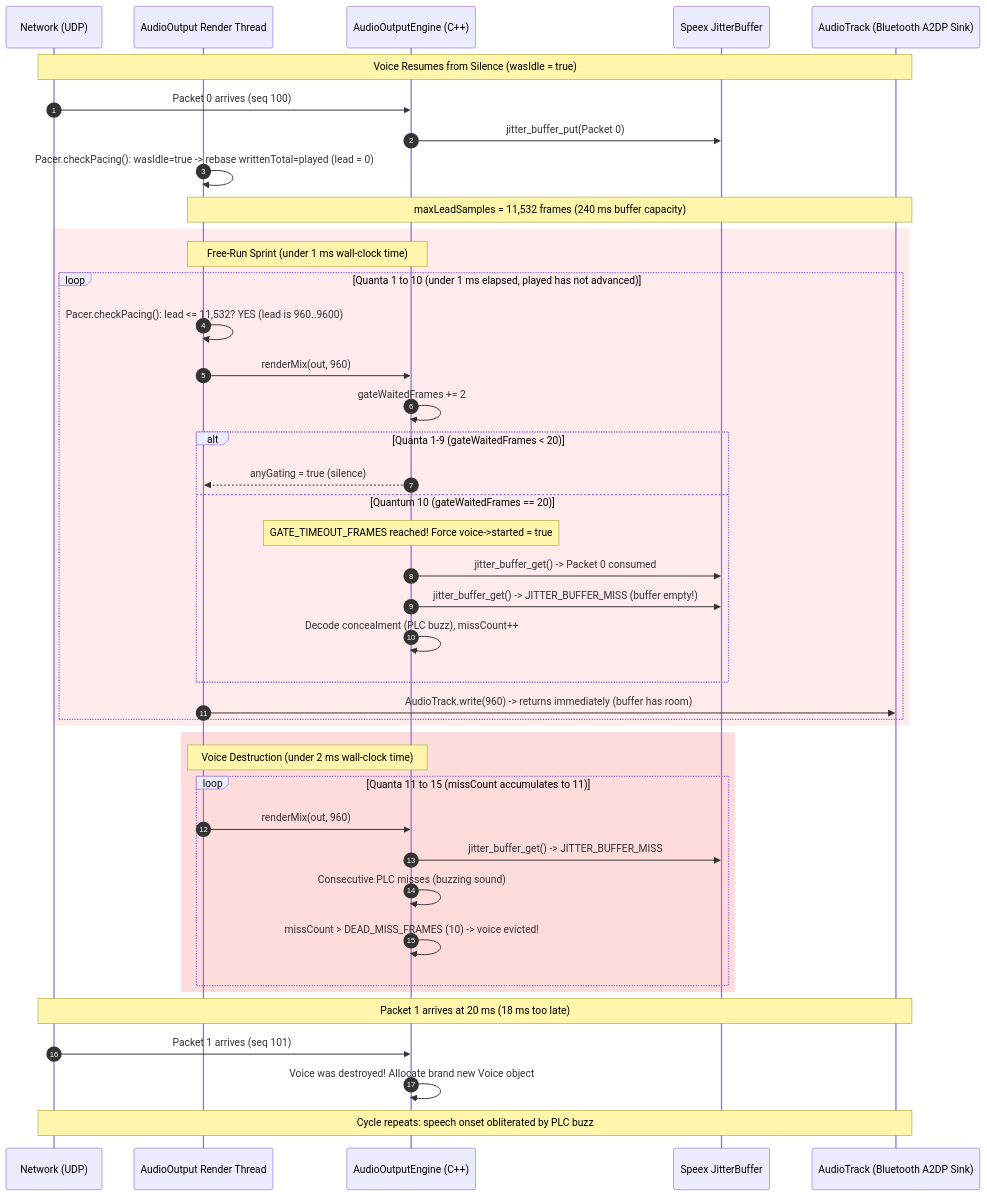
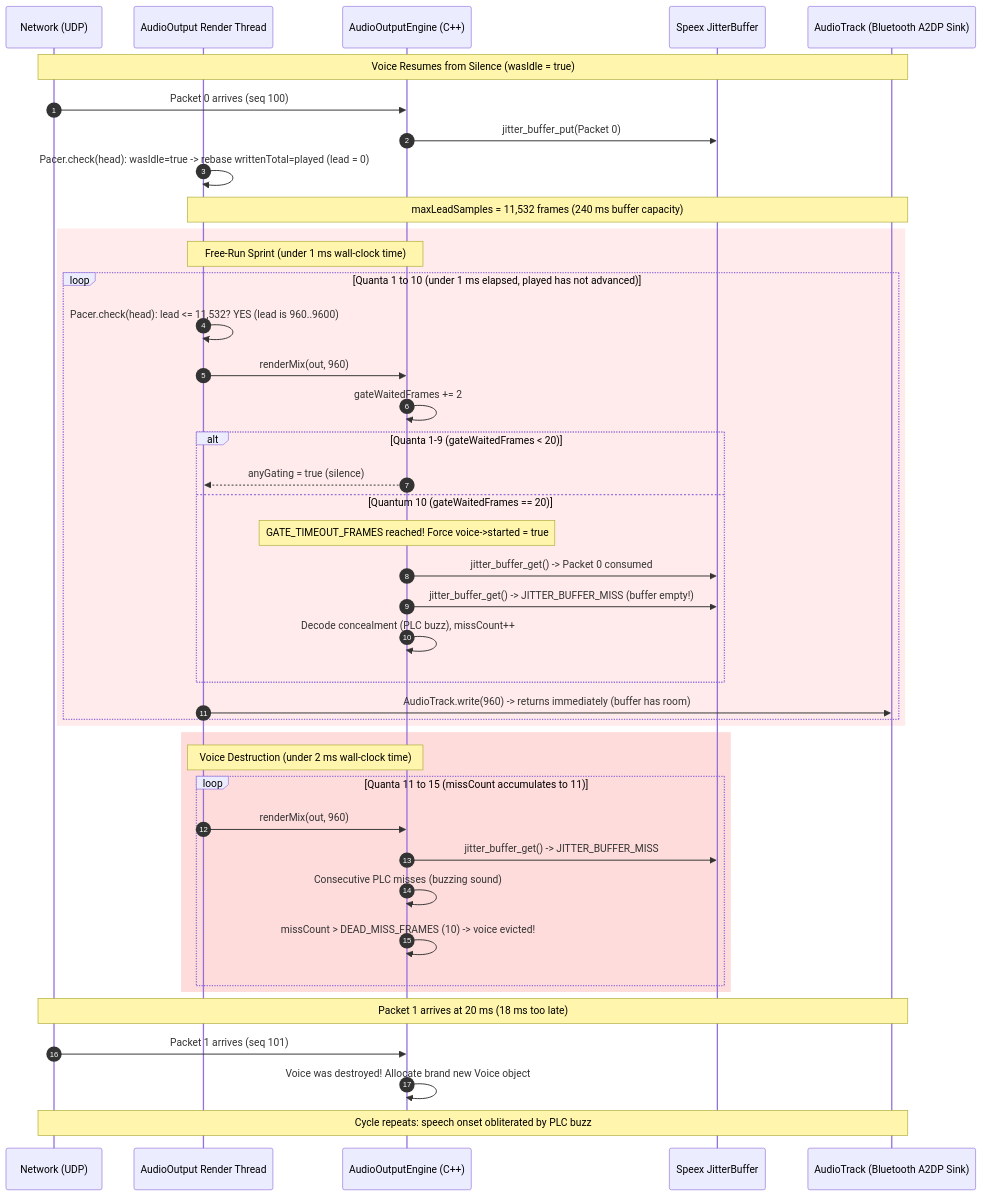
The second of 3 diagrams in docs/audio-underrun-deadlock/README.md (360ied/mumla-oled), drawn with Mermaid before and after one commit. The commit also changed other lines of this file and 1 other file, not shown here.

````diff
--- a/docs/audio-underrun-deadlock/README.md
+++ b/docs/audio-underrun-deadlock/README.md
@@ -298,48 +298,48 @@
 ```mermaid
 sequenceDiagram
     autonumber
     participant Net as Network (UDP)
     participant Java as AudioOutput Render Thread
     participant Engine as AudioOutputEngine (C++)
     participant JB as Speex JitterBuffer
     participant Track as AudioTrack (Bluetooth A2DP Sink)
 
     Note over Net,Track: Voice Resumes from Silence (wasIdle = true)
     Net->>Engine: Packet 0 arrives (seq 100)
     Engine->>JB: jitter_buffer_put(Packet 0)
-    Java->>Java: Pacer.checkPacing(): wasIdle=true -> rebase writtenTotal=played (lead = 0)
+    Java->>Java: Pacer.check(head): wasIdle=true -> rebase writtenTotal=played (lead = 0)
     Note over Java,Track: maxLeadSamples = 11,532 frames (240 ms buffer capacity)
 
     rect rgb(255, 235, 235)
         Note over Java,Engine: Free-Run Sprint (under 1 ms wall-clock time)
         loop Quanta 1 to 10 (under 1 ms elapsed, played has not advanced)
-            Java->>Java: Pacer.checkPacing(): lead <= 11,532? YES (lead is 960..9600)
+            Java->>Java: Pacer.check(head): lead <= 11,532? YES (lead is 960..9600)
             Java->>Engine: renderMix(out, 960)
             Engine->>Engine: gateWaitedFrames += 2
             alt Quanta 1-9 (gateWaitedFrames < 20)
                 Engine-->>Java: anyGating = true (silence)
             else Quantum 10 (gateWaitedFrames == 20)
                 Note over Engine: GATE_TIMEOUT_FRAMES reached! Force voice->started = true
                 Engine->>JB: jitter_buffer_get() -> Packet 0 consumed
                 Engine->>JB: jitter_buffer_get() -> JITTER_BUFFER_MISS (buffer empty!)
                 Engine->>Engine: Decode concealment (PLC buzz), missCount++
             end
             Java->>Track: AudioTrack.write(960) -> returns immediately (buffer has room)
         end
     end
 
     rect rgb(255, 220, 220)
         Note over Java,Engine: Voice Destruction (under 2 ms wall-clock time)
         loop Quanta 11 to 15 (missCount accumulates to 11)
             Java->>Engine: renderMix(out, 960)
             Engine->>JB: jitter_buffer_get() -> JITTER_BUFFER_MISS
             Engine->>Engine: Consecutive PLC misses (buzzing sound)
             Engine->>Engine: missCount > DEAD_MISS_FRAMES (10) -> voice evicted!
         end
     end
 
     Note over Net,Track: Packet 1 arrives at 20 ms (18 ms too late)
     Net->>Engine: Packet 1 arrives (seq 101)
     Engine->>Engine: Voice was destroyed! Allocate brand new Voice object
     Note over Net,Track: Cycle repeats: speech onset obliterated by PLC buzz
 ```
````
